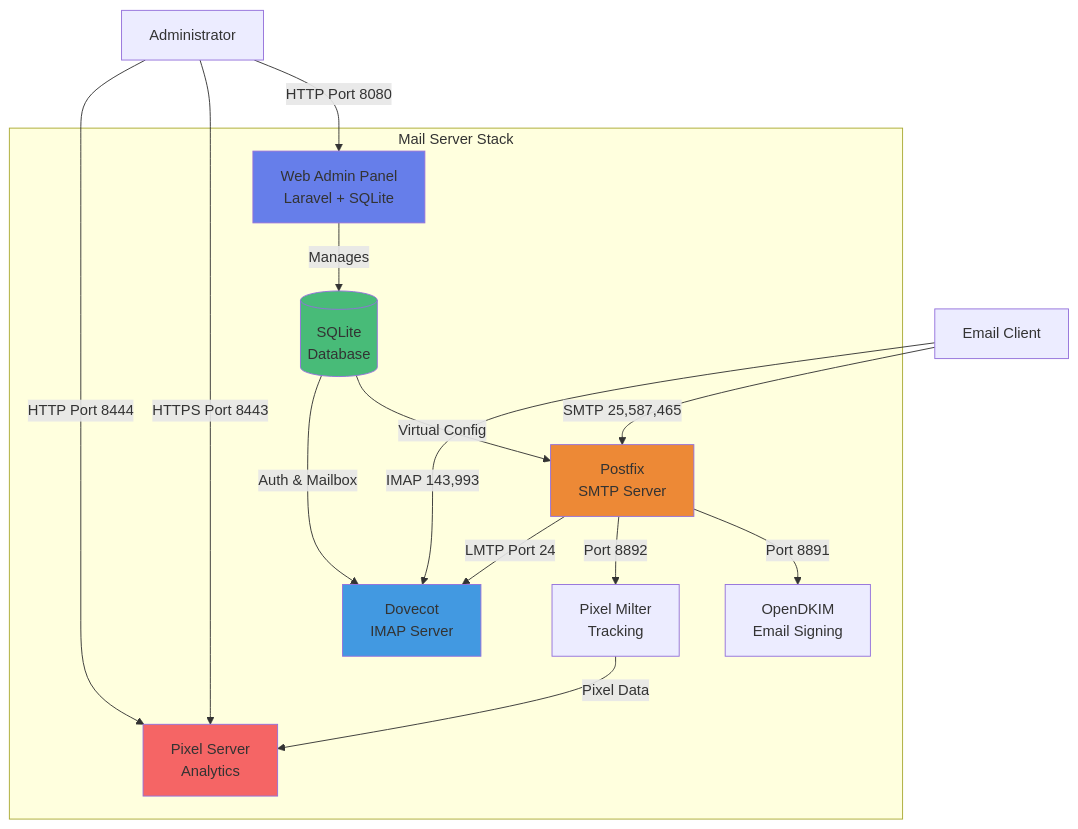
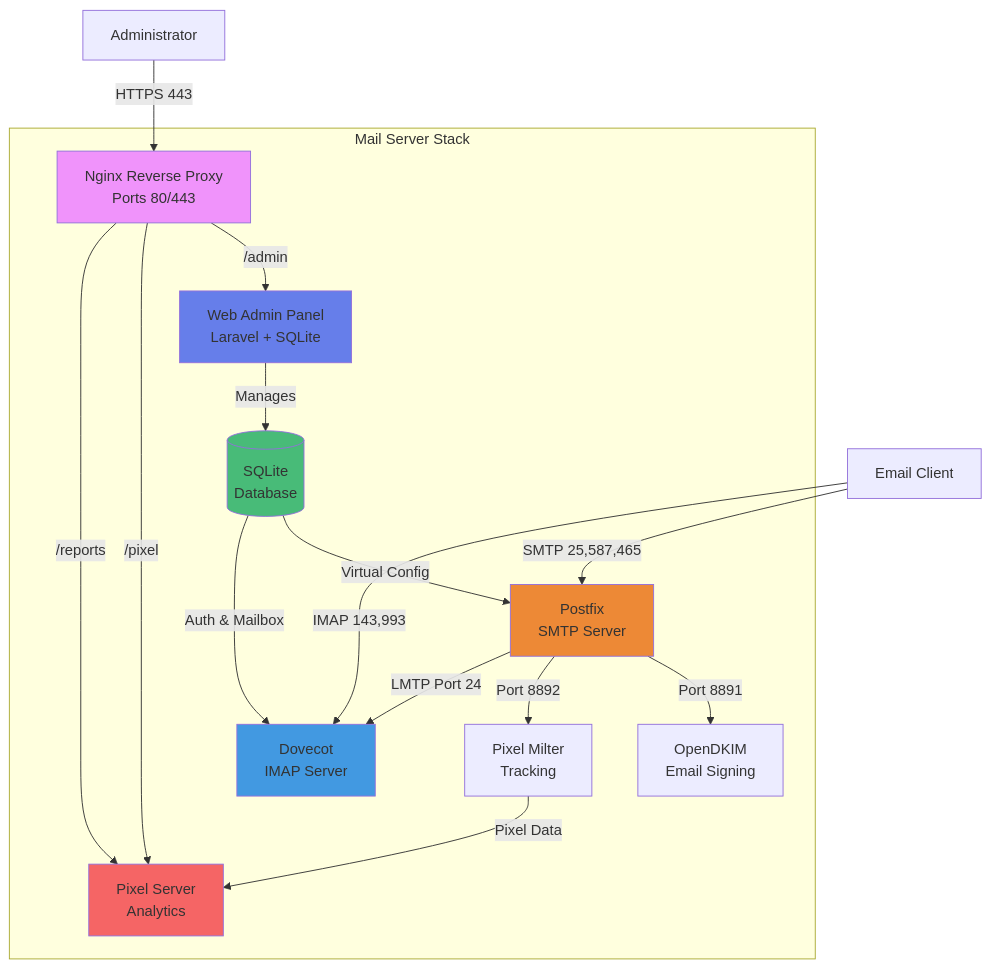
Before and after one commit to tayyebi/mailserver: the diagram in README.md, drawn with Mermaid. The commit also changed other lines of this file and 6 other files, not shown here.

Commit message:
Add Nginx reverse proxy for admin panel and pixel server on standard ports

````diff
--- a/README.md
+++ b/README.md
@@ -15,33 +15,37 @@
 ```mermaid
 graph TB
     subgraph "Mail Server Stack"
+        Proxy[Nginx Reverse Proxy<br/>Ports 80/443]
         Admin[Web Admin Panel<br/>Laravel + SQLite]
         DB[(SQLite<br/>Database)]
         Postfix[Postfix<br/>SMTP Server]
         Dovecot[Dovecot<br/>IMAP Server]
         OpenDKIM[OpenDKIM<br/>Email Signing]
         PixelMilter[Pixel Milter<br/>Tracking]
         PixelServer[Pixel Server<br/>Analytics]
     end
     
-    User[Administrator] -->|HTTP Port 8080| Admin
-    User -->|HTTPS Port 8443| PixelServer
-    User -->|HTTP Port 8444| PixelServer
+    User[Administrator] -->|HTTPS 443| Proxy
+    Proxy -->|/admin| Admin
+    Proxy -->|/pixel| PixelServer
+    Proxy -->|/reports| PixelServer
+    
     Admin -->|Manages| DB
     DB -->|Virtual Config| Postfix
     DB -->|Auth & Mailbox| Dovecot
     
     EmailClient[Email Client] -->|SMTP 25,587,465| Postfix
     EmailClient -->|IMAP 143,993| Dovecot
     
     Postfix -->|Port 8891| OpenDKIM
     Postfix -->|Port 8892| PixelMilter
     Postfix -->|LMTP Port 24| Dovecot
     PixelMilter -->|Pixel Data| PixelServer
     
+    style Proxy fill:#f093fb
     style Admin fill:#667eea
     style DB fill:#48bb78
     style Postfix fill:#ed8936
     style Dovecot fill:#4299e1
     style PixelServer fill:#f56565
 ```
````
